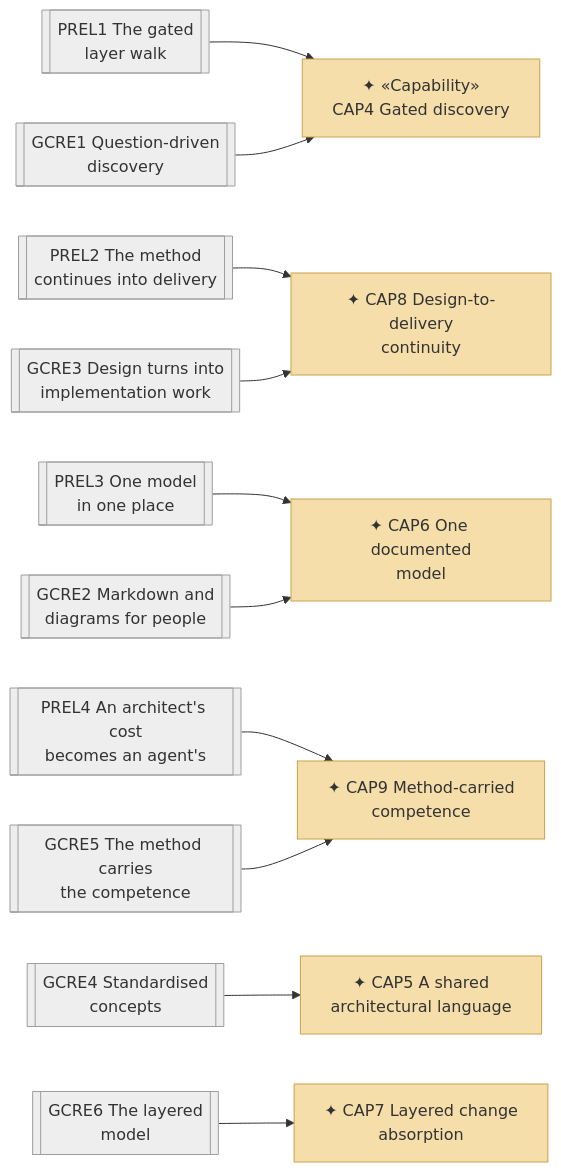
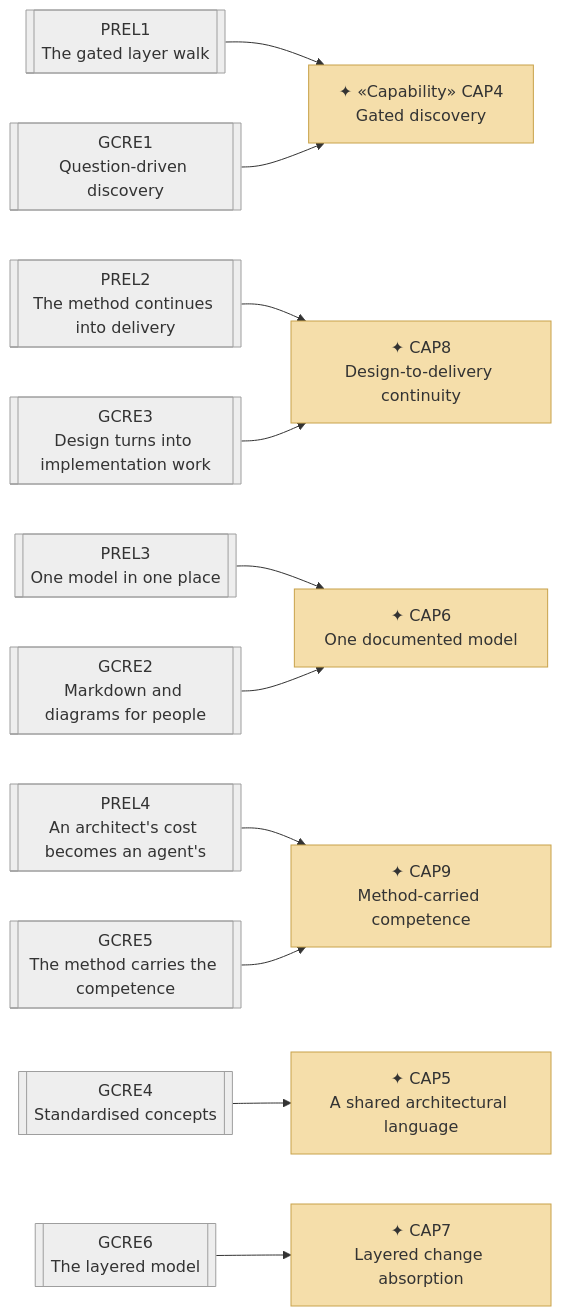
Before and after one commit to roanboc/architecture-archreator: the third of 6 diagrams in organization/docs/ea/1_strategy/2_capabilities-and-resources.md, drawn with Mermaid. The commit also changed other lines of this file and 6 other files, not shown here.

````diff
--- a/organization/docs/ea/1_strategy/2_capabilities-and-resources.md
+++ b/organization/docs/ea/1_strategy/2_capabilities-and-resources.md
@@ -119,34 +119,34 @@
 ```mermaid
 flowchart LR
-  prel1[["PREL1 The gated<br>layer walk"]]:::canvas
-  prel2[["PREL2 The method<br>continues into delivery"]]:::canvas
-  prel3[["PREL3 One model<br>in one place"]]:::canvas
-  prel4[["PREL4 An architect's cost<br>becomes an agent's"]]:::canvas
-  gcre1[["GCRE1 Question-driven<br>discovery"]]:::canvas
-  gcre2[["GCRE2 Markdown and<br>diagrams for people"]]:::canvas
-  gcre3[["GCRE3 Design turns into<br>implementation work"]]:::canvas
-  gcre4[["GCRE4 Standardised<br>concepts"]]:::canvas
-  gcre5[["GCRE5 The method carries<br>the competence"]]:::canvas
-  gcre6[["GCRE6 The layered<br>model"]]:::canvas
+  prel1[["PREL1<br>The gated layer walk"]]:::canvas
+  prel2[["PREL2<br>The method continues into delivery"]]:::canvas
+  prel3[["PREL3<br>One model in one place"]]:::canvas
+  prel4[["PREL4<br>An architect's cost becomes an agent's"]]:::canvas
+  gcre1[["GCRE1<br>Question-driven discovery"]]:::canvas
+  gcre2[["GCRE2<br>Markdown and diagrams for people"]]:::canvas
+  gcre3[["GCRE3<br>Design turns into implementation work"]]:::canvas
+  gcre4[["GCRE4<br>Standardised concepts"]]:::canvas
+  gcre5[["GCRE5<br>The method carries the competence"]]:::canvas
+  gcre6[["GCRE6<br>The layered model"]]:::canvas
 
-  cap4["✦ «Capability»<br>CAP4 Gated discovery"]:::capability
-  cap5["✦ CAP5 A shared<br>architectural language"]:::capability
-  cap6["✦ CAP6 One documented<br>model"]:::capability
-  cap7["✦ CAP7 Layered change<br>absorption"]:::capability
-  cap8["✦ CAP8 Design-to-delivery<br>continuity"]:::capability
-  cap9["✦ CAP9 Method-carried<br>competence"]:::capability
+  cap4["✦ «Capability» CAP4<br>Gated discovery"]:::capability
+  cap5["✦ CAP5<br>A shared architectural language"]:::capability
+  cap6["✦ CAP6<br>One documented model"]:::capability
+  cap7["✦ CAP7<br>Layered change absorption"]:::capability
+  cap8["✦ CAP8<br>Design-to-delivery continuity"]:::capability
+  cap9["✦ CAP9<br>Method-carried competence"]:::capability
 
   prel1 --> cap4
   gcre1 --> cap4
   gcre4 --> cap5
   prel3 --> cap6
   gcre2 --> cap6
   gcre6 --> cap7
   prel2 --> cap8
   gcre3 --> cap8
   prel4 --> cap9
   gcre5 --> cap9
 
   classDef canvas fill:#eeeeee,stroke:#9e9e9e,color:#333
   classDef capability fill:#f5deaa,stroke:#c8a24a,color:#333
 ```
````
